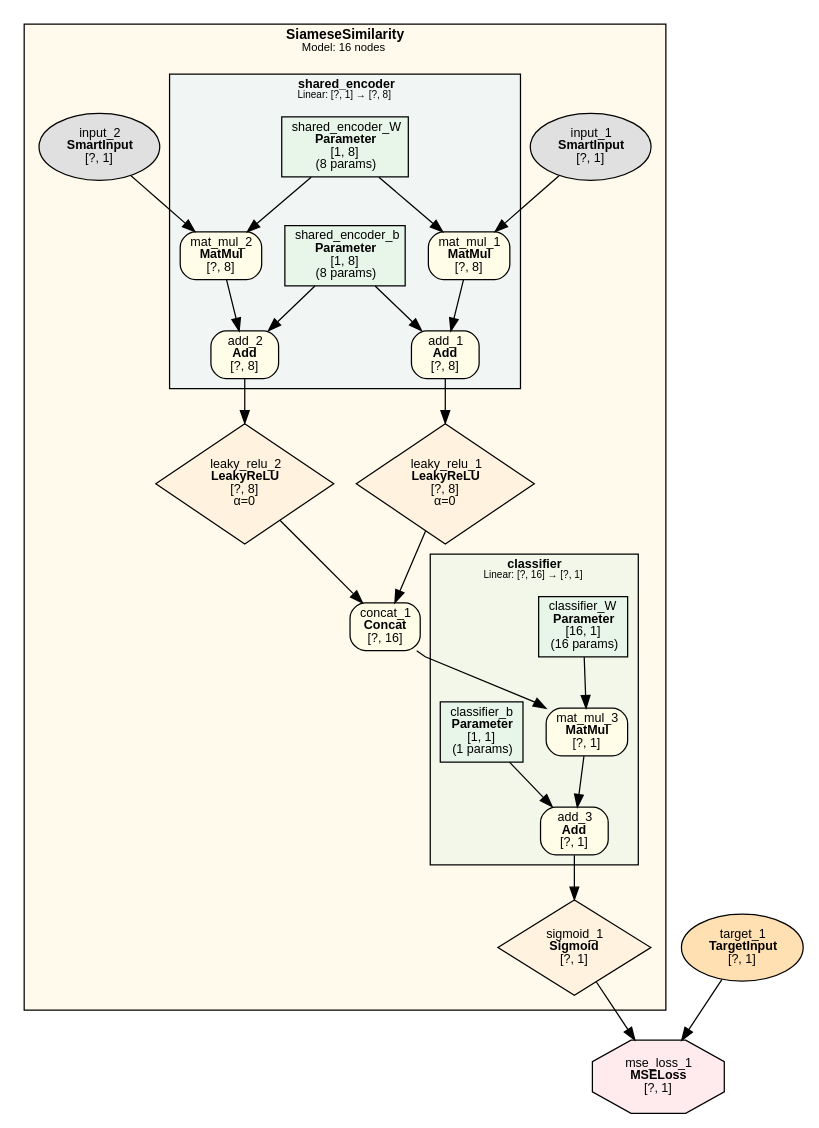
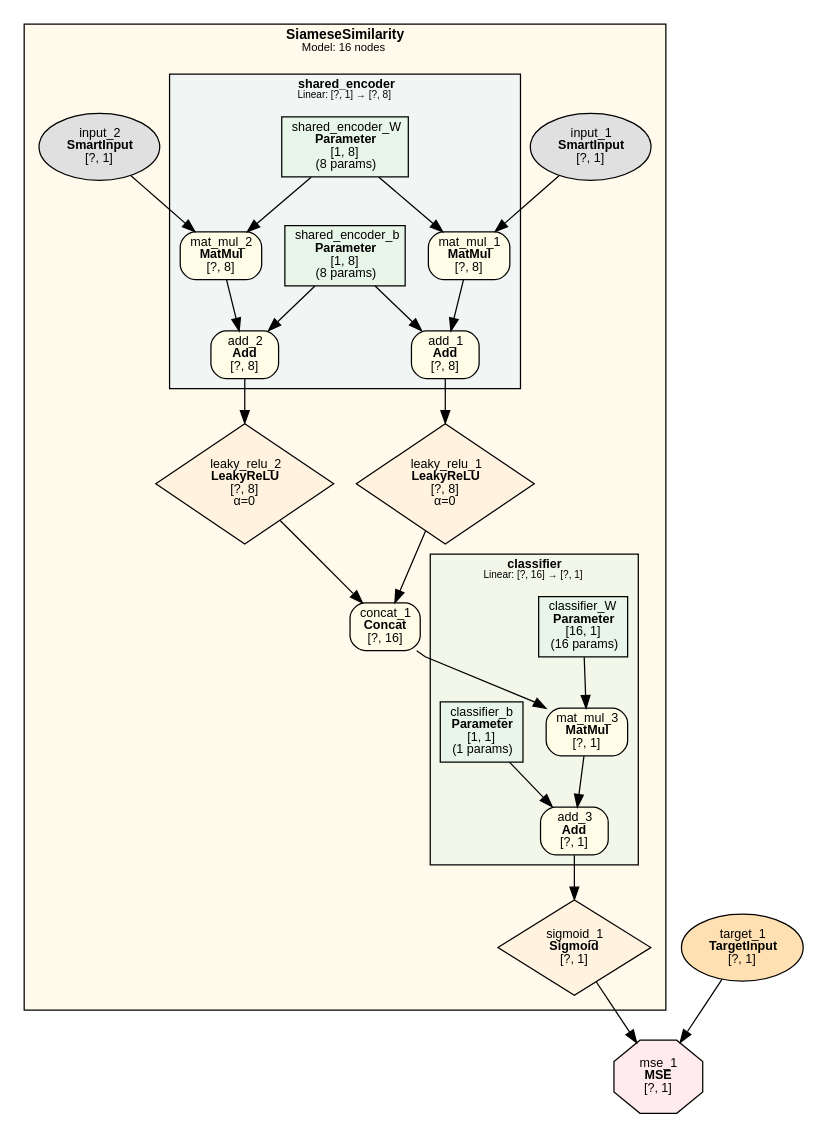
The diagram in examples/siamese_similarity/siamese_similarity.dot (dbsxdbsx/only_torch), drawn with Graphviz before and after one commit. The commit also changed 30 other files, not shown here.

First line of the commit message:
refactor: 统一底层损失节点命名（MSELoss → MSE）

```diff
--- a/examples/siamese_similarity/siamese_similarity.dot
+++ b/examples/siamese_similarity/siamese_similarity.dot
@@ -1,71 +1,71 @@
 digraph Model {
     rankdir=TB;
     newrank=true;
     splines=polyline;
     node [fontname="Microsoft YaHei,SimHei,Arial"];
     edge [fontname="Microsoft YaHei,SimHei,Arial"];
 
     subgraph cluster_SiameseSimilarity {
         label=<<B>SiameseSimilarity</B><BR/><FONT POINT-SIZE="9">Model: 16 nodes</FONT>>;
         style=filled;
         fillcolor="#FFECB340";
         fontname="Microsoft YaHei,SimHei,Arial";
         fontsize=11;
         margin=12;
         subgraph cluster_SiameseSimilarity_shared_encoder {
             label=<<B>shared_encoder</B><BR/><FONT POINT-SIZE="8">Linear: [?, 1] → [?, 8]</FONT>>;
             style=filled;
             fillcolor="#E3F2FD80";
             fontname="Microsoft YaHei,SimHei,Arial";
             fontsize=10;
             margin=8;
             "1" [label=<shared_encoder_W<BR/><B>Parameter</B><BR/>[1, 8]<BR/>(8 params)> shape=box style=filled fillcolor="#E8F5E9" fontsize=10];
             "2" [label=<shared_encoder_b<BR/><B>Parameter</B><BR/>[1, 8]<BR/>(8 params)> shape=box style=filled fillcolor="#E8F5E9" fontsize=10];
             "7" [label=<mat_mul_1<BR/><B>MatMul</B><BR/>[?, 8]> shape=box style="filled,rounded" fillcolor="#FFFDE7" fontsize=10];
             "8" [label=<add_1<BR/><B>Add</B><BR/>[?, 8]> shape=box style="filled,rounded" fillcolor="#FFFDE7" fontsize=10];
             "10" [label=<mat_mul_2<BR/><B>MatMul</B><BR/>[?, 8]> shape=box style="filled,rounded" fillcolor="#FFFDE7" fontsize=10];
             "11" [label=<add_2<BR/><B>Add</B><BR/>[?, 8]> shape=box style="filled,rounded" fillcolor="#FFFDE7" fontsize=10];
         }
         subgraph cluster_SiameseSimilarity_classifier {
             label=<<B>classifier</B><BR/><FONT POINT-SIZE="8">Linear: [?, 16] → [?, 1]</FONT>>;
             style=filled;
             fillcolor="#E8F5E980";
             fontname="Microsoft YaHei,SimHei,Arial";
             fontsize=10;
             margin=8;
             "3" [label=<classifier_W<BR/><B>Parameter</B><BR/>[16, 1]<BR/>(16 params)> shape=box style=filled fillcolor="#E8F5E9" fontsize=10];
             "4" [label=<classifier_b<BR/><B>Parameter</B><BR/>[1, 1]<BR/>(1 params)> shape=box style=filled fillcolor="#E8F5E9" fontsize=10];
             "14" [label=<mat_mul_3<BR/><B>MatMul</B><BR/>[?, 1]> shape=box style="filled,rounded" fillcolor="#FFFDE7" fontsize=10];
             "15" [label=<add_3<BR/><B>Add</B><BR/>[?, 1]> shape=box style="filled,rounded" fillcolor="#FFFDE7" fontsize=10];
         }
             "5" [label=<input_1<BR/><B>SmartInput</B><BR/>[?, 1]> shape=ellipse style=filled fillcolor="#E0E0E0" fontsize=10];
             "6" [label=<input_2<BR/><B>SmartInput</B><BR/>[?, 1]> shape=ellipse style=filled fillcolor="#E0E0E0" fontsize=10];
             "9" [label=<leaky_relu_1<BR/><B>LeakyReLU</B><BR/>[?, 8]<BR/>α=0> shape=diamond style=filled fillcolor="#FFF3E0" fontsize=10];
             "12" [label=<leaky_relu_2<BR/><B>LeakyReLU</B><BR/>[?, 8]<BR/>α=0> shape=diamond style=filled fillcolor="#FFF3E0" fontsize=10];
             "13" [label=<concat_1<BR/><B>Concat</B><BR/>[?, 16]> shape=box style="filled,rounded" fillcolor="#FFFDE7" fontsize=10];
             "16" [label=<sigmoid_1<BR/><B>Sigmoid</B><BR/>[?, 1]> shape=diamond style=filled fillcolor="#FFF3E0" fontsize=10];
     }
 
     "17" [label=<target_1<BR/><B>TargetInput</B><BR/>[?, 1]> shape=ellipse style=filled fillcolor="#FFE0B2" fontsize=10];
-    "18" [label=<mse_loss_1<BR/><B>MSELoss</B><BR/>[?, 1]> shape=octagon style=filled fillcolor="#FFEBEE" fontsize=10];
+    "18" [label=<mse_1<BR/><B>MSE</B><BR/>[?, 1]> shape=octagon style=filled fillcolor="#FFEBEE" fontsize=10];
 
     "5" -> "7";
     "1" -> "7";
     "7" -> "8";
     "2" -> "8";
     "8" -> "9";
     "6" -> "10";
     "1" -> "10";
     "10" -> "11";
     "2" -> "11";
     "11" -> "12";
     "9" -> "13";
     "12" -> "13";
     "13" -> "14";
     "3" -> "14";
     "14" -> "15";
     "4" -> "15";
     "15" -> "16";
     "16" -> "18";
     "17" -> "18";
 }
```
